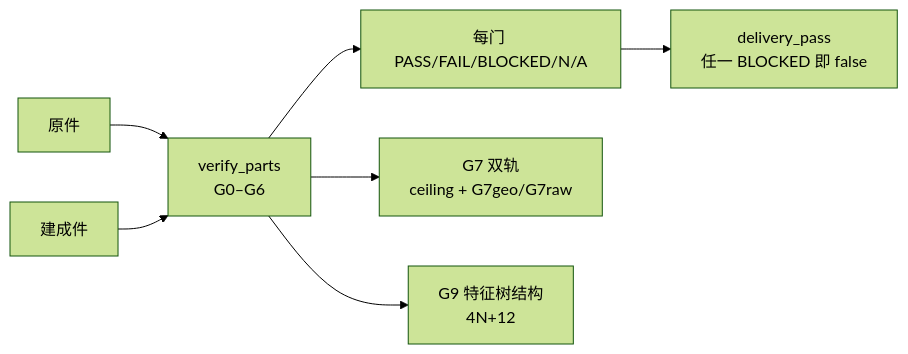
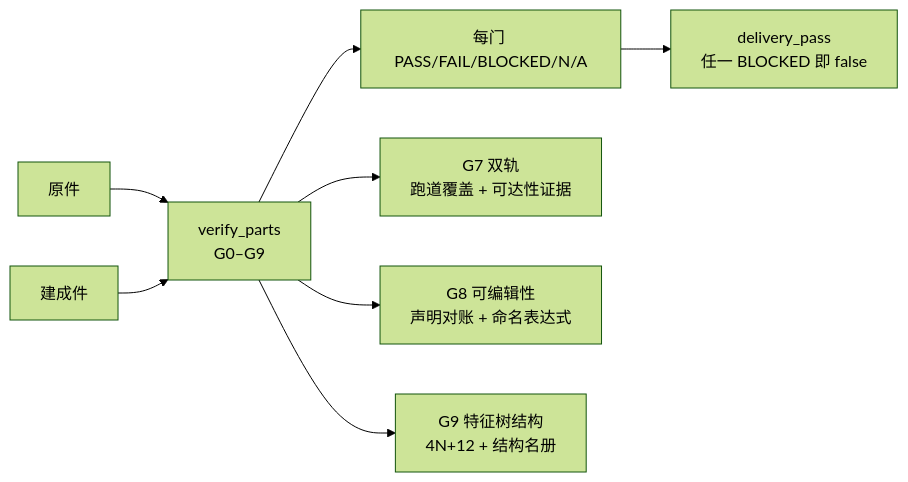
Before and after one commit to EVOL233awa/nxopen-journal: the third of 6 diagrams in docs/wiki/04-data-flow.md, drawn with Mermaid (forest theme). The commit also changed other lines of this file and 22 other files, not shown here.

First line of the commit message:
audit: close every fail-open gate (empty section, unmeasured station, G7 ceiling, G9 names, G8 default)

````diff
--- a/docs/wiki/04-data-flow.md
+++ b/docs/wiki/04-data-flow.md
@@ -46,9 +46,10 @@
 ```mermaid
 graph LR
   O[原件] --> V
   B[建成件] --> V
-  V["verify_parts<br>G0–G6"] --> J["每门 PASS/FAIL/BLOCKED/N/A"]
-  V --> G7["G7 双轨<br>ceiling + G7geo/G7raw"]
-  V --> G9["G9 特征树结构<br>4N+12"]
+  V["verify_parts<br>G0–G9"] --> J["每门 PASS/FAIL/BLOCKED/N/A"]
+  V --> G7["G7 双轨<br>跑道覆盖 + 可达性证据"]
+  V --> G8["G8 可编辑性<br>声明对账 + 命名表达式"]
+  V --> G9["G9 特征树结构<br>4N+12 + 结构名册"]
   J --> D["delivery_pass<br>任一 BLOCKED 即 false"]
 ```
````
